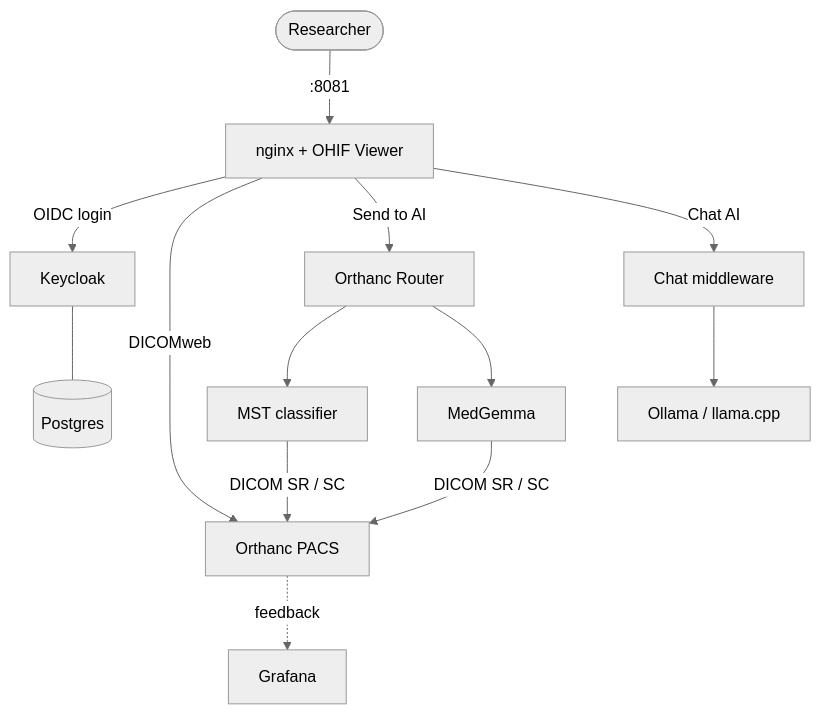
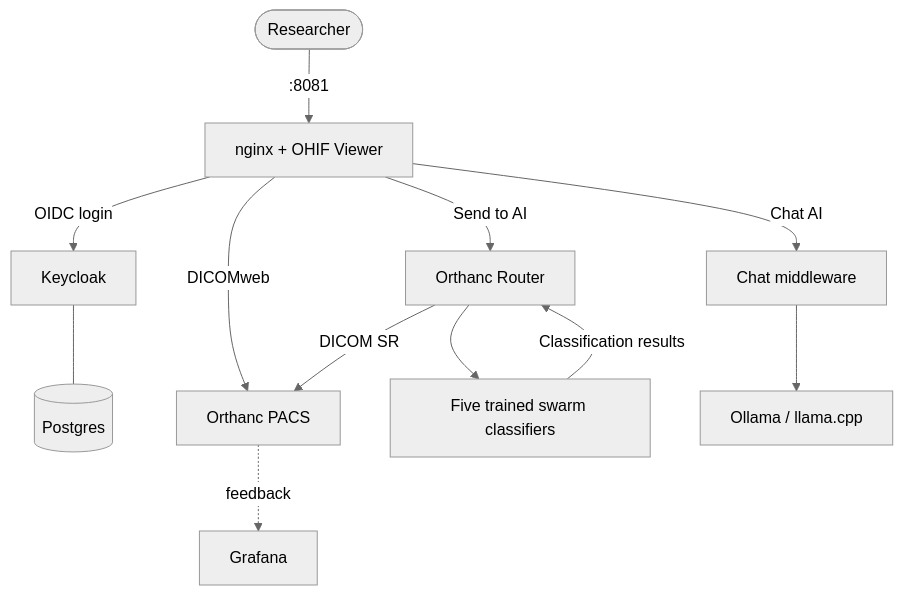
The diagram in docs/architecture.md (StratifAI-Research/odelia-viewer-platform), drawn with Mermaid (neutral theme) before and after one commit. The commit also changed other lines of this file and 19 other files, not shown here.

First line of the commit message:
[ODV-216] Pin published deployment images and retire MedGemma MRI (#63)

````diff
--- a/docs/architecture.md
+++ b/docs/architecture.md
@@ -44,15 +43,14 @@
 ```mermaid
 flowchart TD
   user([Researcher]) -->|:8081| nginx[nginx + OHIF Viewer]
   nginx -->|OIDC login| kc[Keycloak]
   kc --- pg[(Postgres)]
   nginx -->|DICOMweb| pacs[Orthanc PACS]
   nginx -->|Send to AI| router[Orthanc Router]
-  router --> mst[MST classifier]
-  router --> mg[MedGemma]
-  mst -->|DICOM SR / SC| pacs
-  mg -->|DICOM SR / SC| pacs
+  router --> models[Five trained swarm classifiers]
+  models -->|Classification results| router
+  router -->|DICOM SR| pacs
   nginx -->|Chat AI| chat[Chat middleware]
   chat --> llm[Ollama / llama.cpp]
   pacs -.feedback.-> grafana[Grafana]
 ```
````
